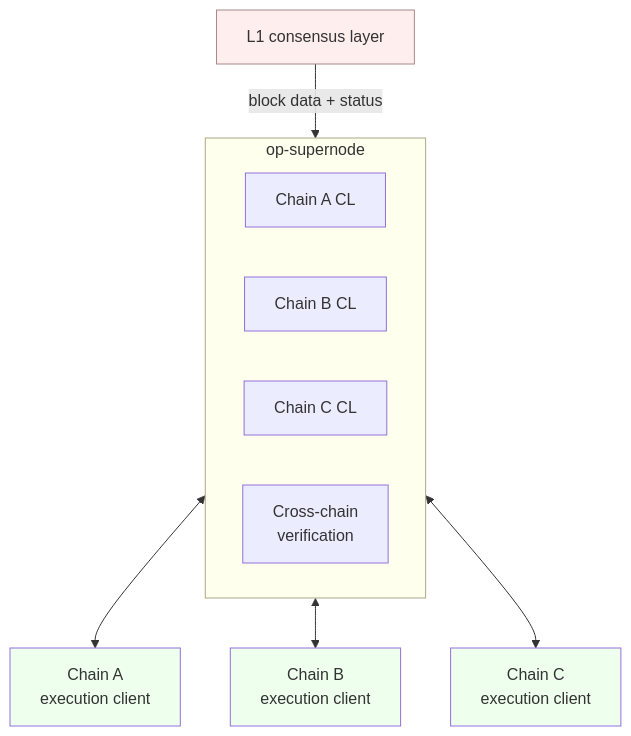
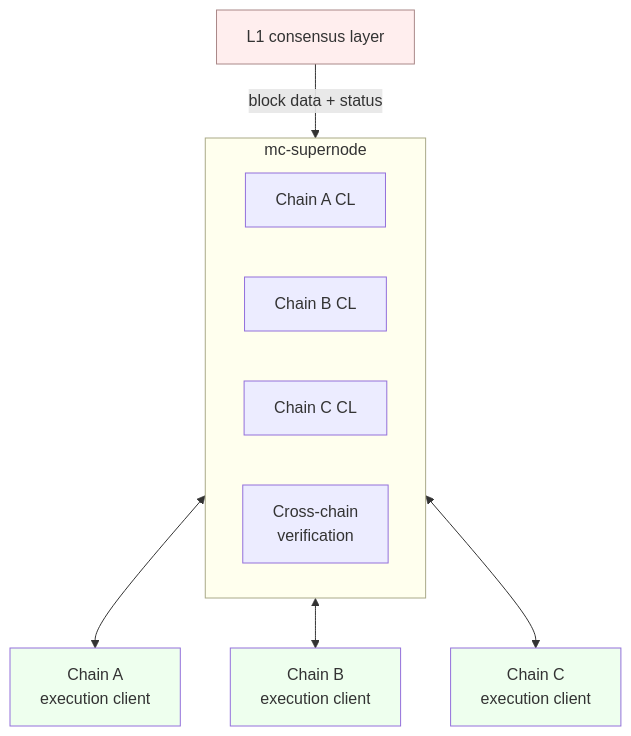
One commit to arunjot12/mind-chain changed the first of 6 diagrams in docs/public-docs/op-stack/interop/explainer.mdx. Above: the diagram before and after it, drawn with Mermaid. The commit also changed other lines of this file and 4376 other files, not shown here.

````diff
--- a/docs/public-docs/op-stack/interop/explainer.mdx
+++ b/docs/public-docs/op-stack/interop/explainer.mdx
@@ -45,30 +45,30 @@
 ```mermaid
 
 graph TB
   classDef supernode fill:#FFE,stroke:#aa8
   classDef execution fill:#EFE
   classDef l1 fill:#FEE,stroke:#a88
 
   l1[L1 consensus layer]
 
-  subgraph SN["op-supernode"]
+  subgraph SN["mc-supernode"]
     direction LR
     cla["Chain A CL"]
     clb["Chain B CL"]
     clc["Chain C CL"]
     iv["Cross-chain<br/>verification"]
   end
 
   ela["Chain A<br/>execution client"]
   elb["Chain B<br/>execution client"]
   elc["Chain C<br/>execution client"]
 
   l1-->|block data + status|SN
   cla<-->ela
   clb<-->elb
   clc<-->elc
 
   class SN supernode
   class ela,elb,elc execution
   class l1 l1
 ```
````
